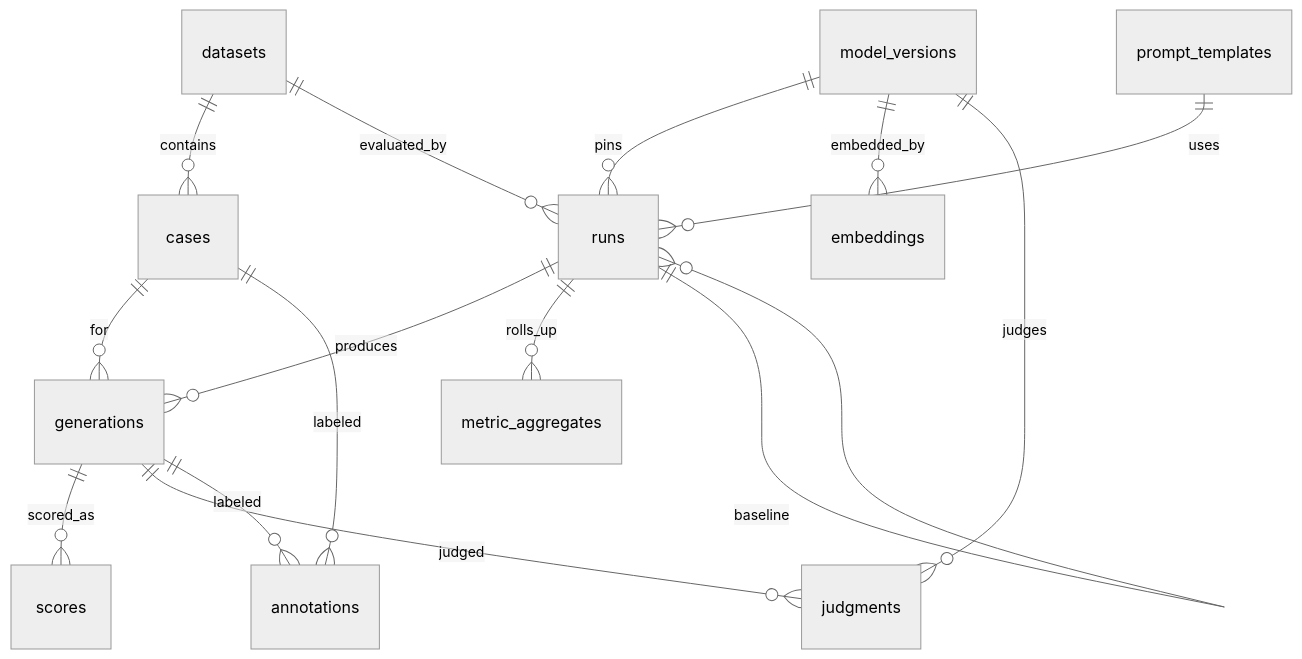
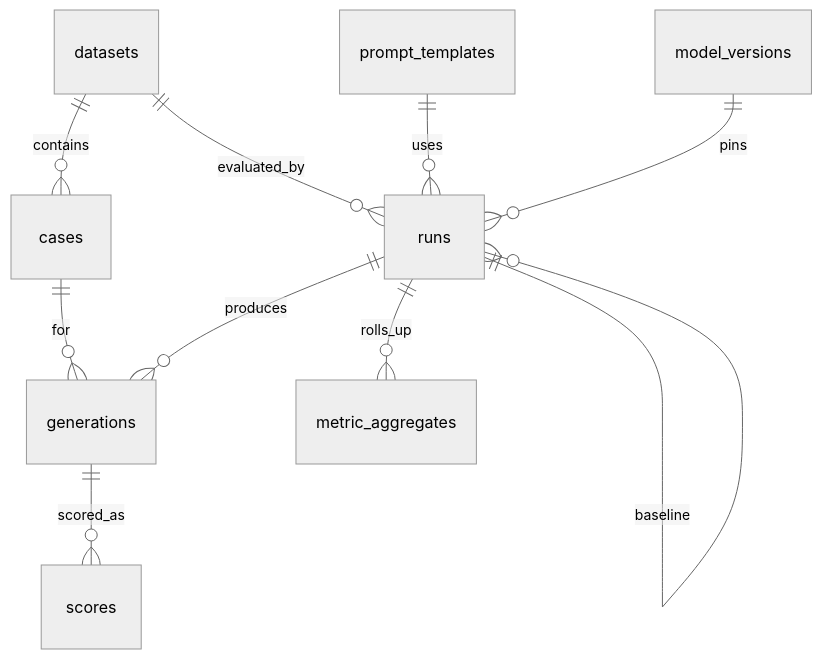
Before and after one commit to DimitarAtanassov/evalanche: the third of 3 diagrams in docs/guide.md, drawn with Mermaid (neutral theme). The commit also changed other lines of this file and 21 other files, not shown here.

````diff
--- a/docs/guide.md
+++ b/docs/guide.md
@@ -613,17 +614,12 @@
 ```mermaid
 erDiagram
   datasets ||--o{ cases : contains
   datasets ||--o{ runs : evaluated_by
   prompt_templates ||--o{ runs : uses
   model_versions ||--o{ runs : pins
   runs ||--o{ generations : produces
   cases ||--o{ generations : for
   generations ||--o{ scores : scored_as
   runs ||--o{ metric_aggregates : rolls_up
   runs ||--o{ runs : baseline
-  model_versions ||--o{ embeddings : embedded_by
-  model_versions ||--o{ judgments : judges
-  generations ||--o{ judgments : judged
-  cases ||--o{ annotations : labeled
-  generations ||--o{ annotations : labeled
 ```
````
